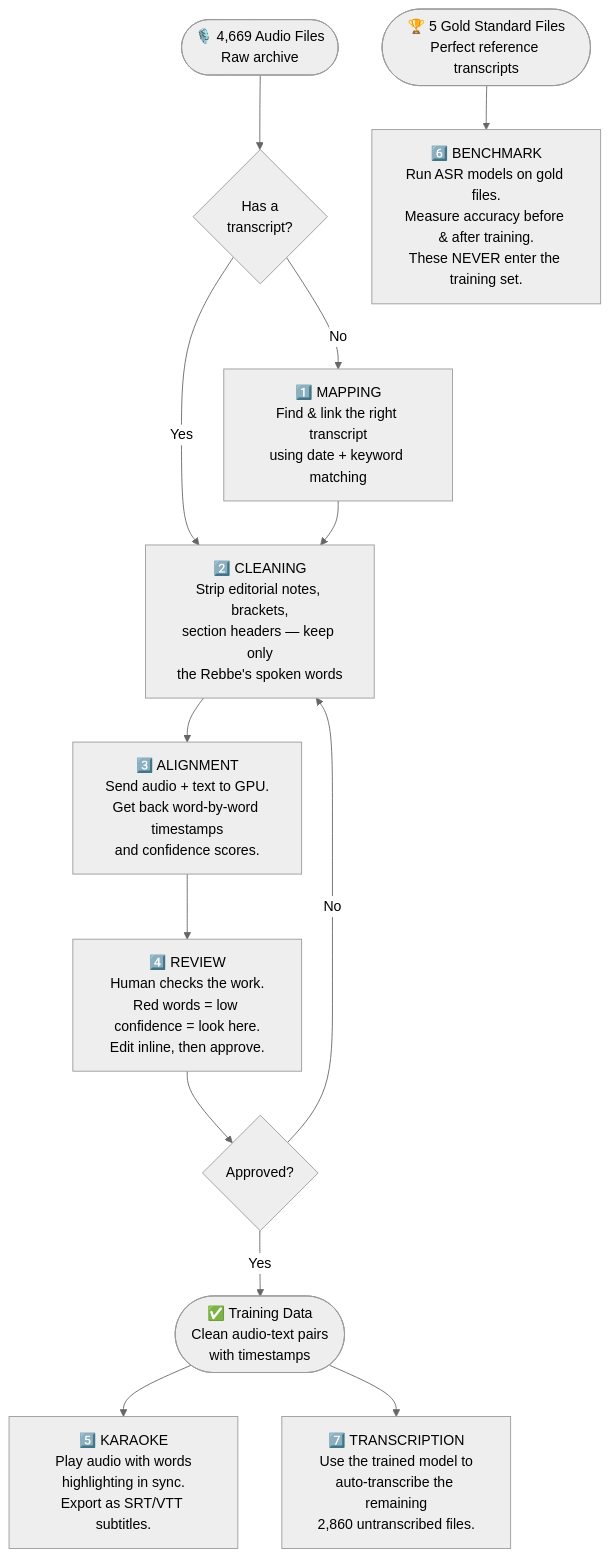
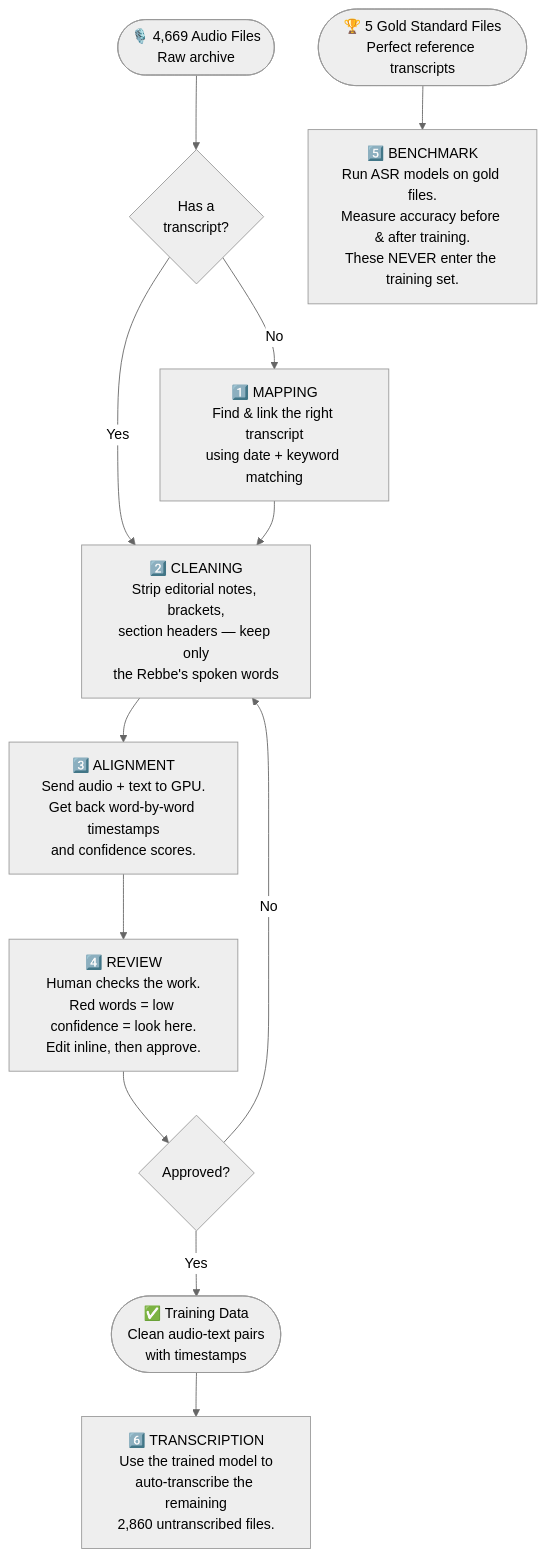
The first of 3 diagrams in CLAUDE.md (Shloimy15e/jem-asr-app), drawn with Mermaid (neutral theme) before and after one commit. The commit also changed other lines of this file, not shown here.

First line of the commit message:
Update CLAUDE.md for karaoke removal, row-by-row diff, cleaning chaining

````diff
--- a/CLAUDE.md
+++ b/CLAUDE.md
@@ -19,24 +19,22 @@
 ```mermaid
 flowchart TD
     A([🎙️ 4,669 Audio Files\nRaw archive]) --> B
 
     B{Has a\ntranscript?}
     B -- No --> C[1️⃣ MAPPING\nFind & link the right transcript\nusing date + keyword matching]
     B -- Yes --> D
 
     C --> D[2️⃣ CLEANING\nStrip editorial notes, brackets,\nsection headers — keep only\nthe Rebbe's spoken words]
 
     D --> E[3️⃣ ALIGNMENT\nSend audio + text to GPU.\nGet back word-by-word timestamps\nand confidence scores.]
 
     E --> F[4️⃣ REVIEW\nHuman checks the work.\nRed words = low confidence = look here.\nEdit inline, then approve.]
 
     F --> G{Approved?}
     G -- Yes --> H([✅ Training Data\nClean audio-text pairs\nwith timestamps])
     G -- No --> D
 
-    H --> I[5️⃣ KARAOKE\nPlay audio with words\nhighlighting in sync.\nExport as SRT/VTT subtitles.]
+    J([🏆 5 Gold Standard Files\nPerfect reference transcripts]) --> K[5️⃣ BENCHMARK\nRun ASR models on gold files.\nMeasure accuracy before & after training.\nThese NEVER enter the training set.]
 
-    J([🏆 5 Gold Standard Files\nPerfect reference transcripts]) --> K[6️⃣ BENCHMARK\nRun ASR models on gold files.\nMeasure accuracy before & after training.\nThese NEVER enter the training set.]
-
-    H --> L[7️⃣ TRANSCRIPTION\nUse the trained model to\nauto-transcribe the remaining\n2,860 untranscribed files.]
+    H --> L[6️⃣ TRANSCRIPTION\nUse the trained model to\nauto-transcribe the remaining\n2,860 untranscribed files.]
 ```
````
